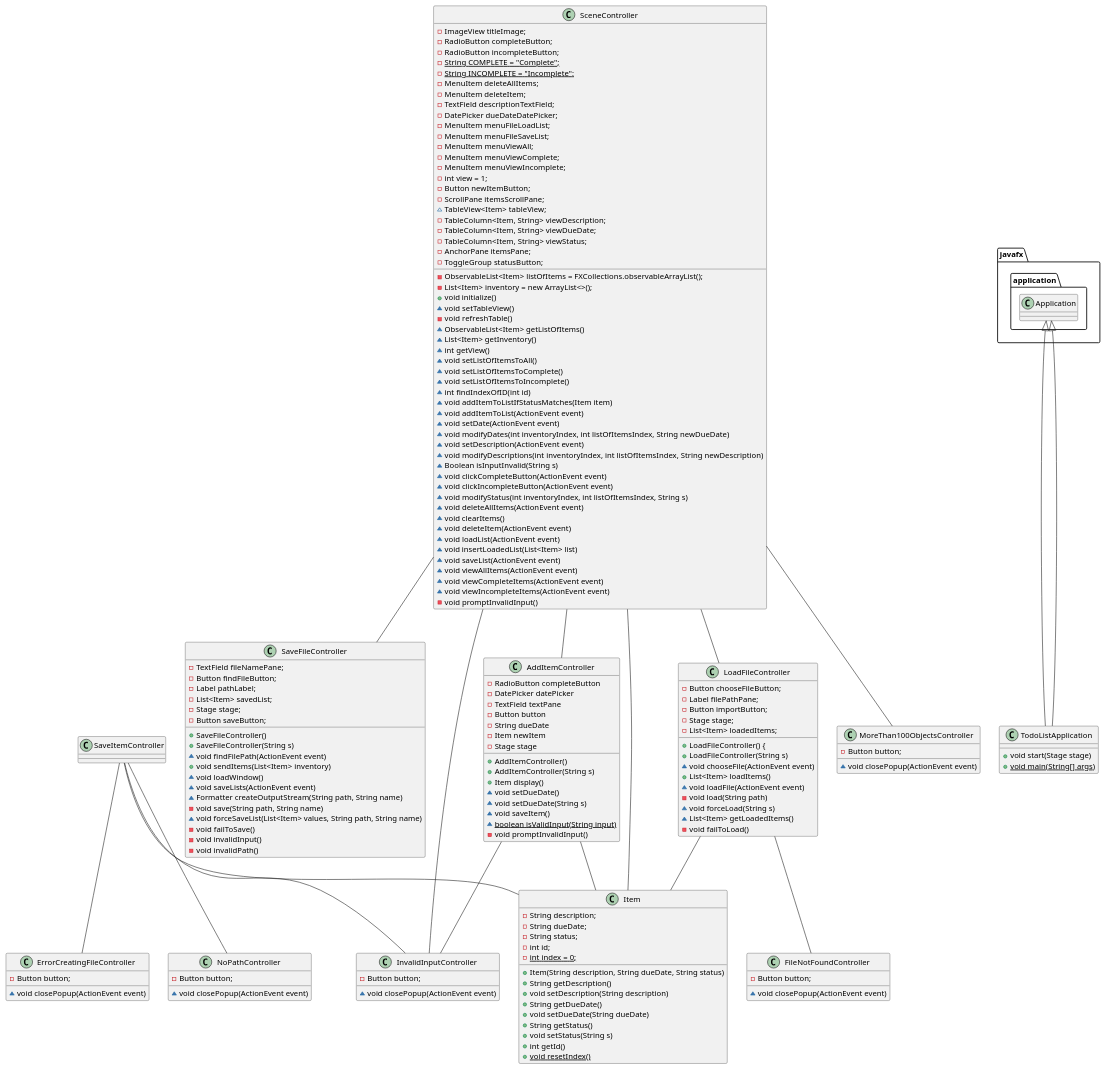
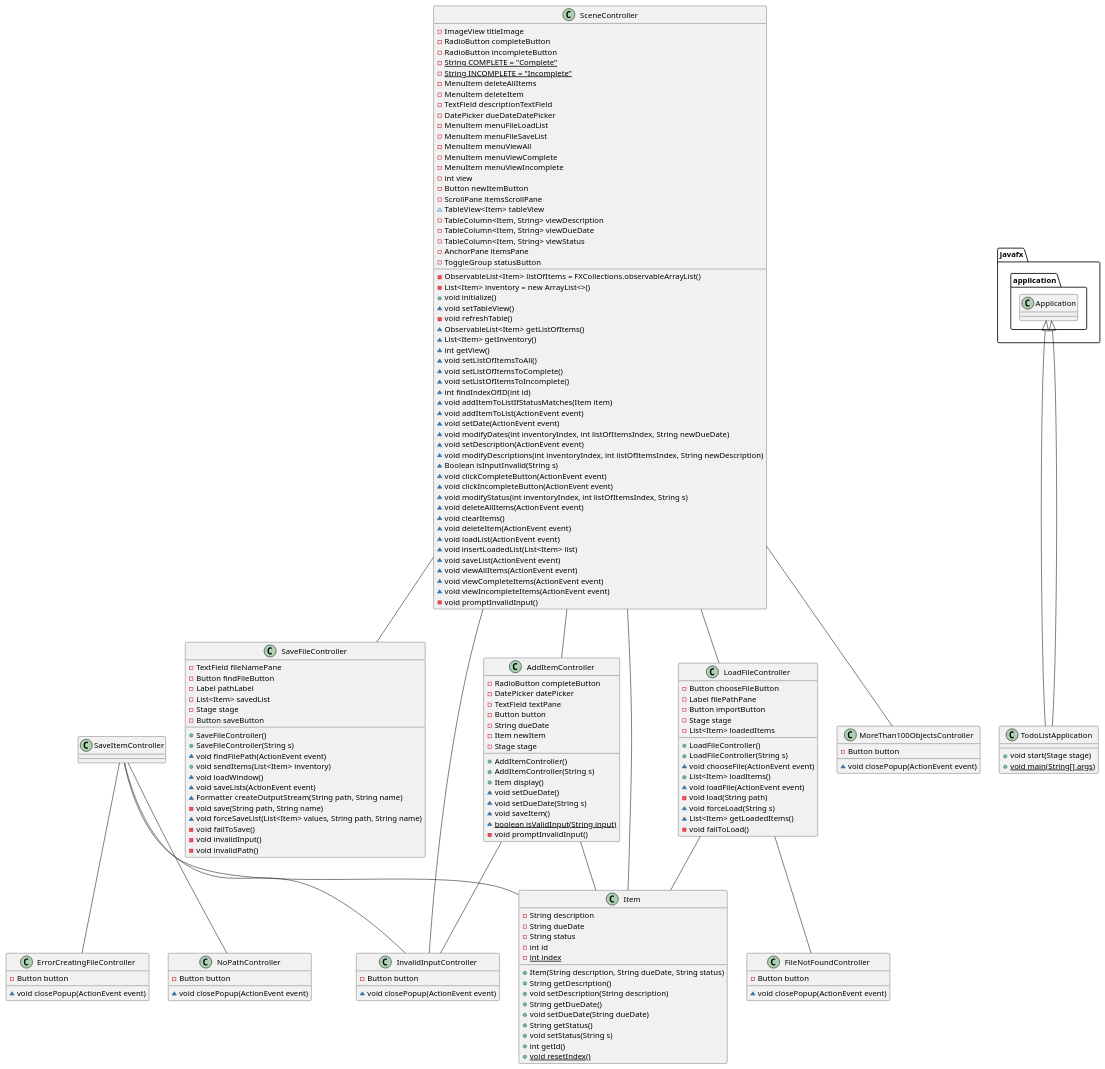
The diagram in docs/ApplicationUMLDiagram.puml (jkglaspey/Too-Due_List), drawn with PlantUML before and after one commit.

Commit message:
Removed semicolons from variable names in PlantUML diagram

```diff
--- a/docs/ApplicationUMLDiagram.puml
+++ b/docs/ApplicationUMLDiagram.puml
@@ -1,191 +1,191 @@
 @startuml
 
 class ErrorCreatingFileController {
-    -Button button;
+    -Button button
 
     ~void closePopup(ActionEvent event)
 }
 
 class FileNotFoundController {
-    -Button button;
+    -Button button
 
     ~void closePopup(ActionEvent event)
 }
 
 class InvalidInputController {
-    -Button button;
+    -Button button
 
     ~void closePopup(ActionEvent event)
 }
 
 class MoreThan100ObjectsController {
-    -Button button;
+    -Button button
 
     ~void closePopup(ActionEvent event)
 }
 
 class NoPathController {
-    -Button button;
+    -Button button
 
     ~void closePopup(ActionEvent event)
 }
 
 class AddItemController {
     -RadioButton completeButton
     -DatePicker datePicker
     -TextField textPane
     -Button button
     -String dueDate
     -Item newItem
     -Stage stage
 
     +AddItemController()
     +AddItemController(String s)
     +Item display()
     ~void setDueDate()
     ~void setDueDate(String s)
     ~void saveItem()
     ~{static} boolean isValidInput(String input)
     -void promptInvalidInput()
 }
 
 class Item {
-    -String description;
-    -String dueDate;
-    -String status;
-    -int id;
-    -{static} int index = 0;
+    -String description
+    -String dueDate
+    -String status
+    -int id
+    -{static} int index
 
     +Item(String description, String dueDate, String status)
     +String getDescription()
     +void setDescription(String description)
     +String getDueDate()
     +void setDueDate(String dueDate)
     +String getStatus()
     +void setStatus(String s)
     +int getId()
     +{static} void resetIndex()
 }
 
 class LoadFileController {
-    -Button chooseFileButton;
-    -Label filePathPane;
-    -Button importButton;
-    -Stage stage;
-    -List<Item> loadedItems;
+    -Button chooseFileButton
+    -Label filePathPane
+    -Button importButton
+    -Stage stage
+    -List<Item> loadedItems
 
-    +LoadFileController() {
+    +LoadFileController()
     +LoadFileController(String s)
     ~void chooseFile(ActionEvent event)
     +List<Item> loadItems()
     ~void loadFile(ActionEvent event)
     -void load(String path)
     ~void forceLoad(String s)
     ~List<Item> getLoadedItems()
     -void failToLoad()
 }
 
 class SaveFileController {
-    -TextField fileNamePane;
-    -Button findFileButton;
-    -Label pathLabel;
-    -List<Item> savedList;
-    -Stage stage;
-    -Button saveButton;
+    -TextField fileNamePane
+    -Button findFileButton
+    -Label pathLabel
+    -List<Item> savedList
+    -Stage stage
+    -Button saveButton
 
     +SaveFileController()
     +SaveFileController(String s)
     ~void findFilePath(ActionEvent event)
     +void sendItems(List<Item> inventory)
     ~void loadWindow()
     ~void saveLists(ActionEvent event)
     ~Formatter createOutputStream(String path, String name)
     -void save(String path, String name)
     ~void forceSaveList(List<Item> values, String path, String name)
     -void failToSave()
     -void invalidInput()
     -void invalidPath()
 }
 
 class TodoListApplication extends javafx.application.Application {
     +void start(Stage stage)
     +{static} void main(String[] args)
 }
 
 class SceneController {
--ImageView titleImage;
--RadioButton completeButton;
--RadioButton incompleteButton;
--{static} String COMPLETE = "Complete";
--{static} String INCOMPLETE = "Incomplete";
--MenuItem deleteAllItems;
--MenuItem deleteItem;
--TextField descriptionTextField;
--DatePicker dueDateDatePicker;
--MenuItem menuFileLoadList;
--MenuItem menuFileSaveList;
--MenuItem menuViewAll;
--MenuItem menuViewComplete;
--MenuItem menuViewIncomplete;
--int view = 1;
--Button newItemButton;
--ScrollPane itemsScrollPane;
-~TableView<Item> tableView;
--TableColumn<Item, String> viewDescription;
--TableColumn<Item, String> viewDueDate;
--TableColumn<Item, String> viewStatus;
--ObservableList<Item> listOfItems = FXCollections.observableArrayList();
--List<Item> inventory = new ArrayList<>();
--AnchorPane itemsPane;
--ToggleGroup statusButton;
+-ImageView titleImage
+-RadioButton completeButton
+-RadioButton incompleteButton
+-{static} String COMPLETE = "Complete"
+-{static} String INCOMPLETE = "Incomplete"
+-MenuItem deleteAllItems
+-MenuItem deleteItem
+-TextField descriptionTextField
+-DatePicker dueDateDatePicker
+-MenuItem menuFileLoadList
+-MenuItem menuFileSaveList
+-MenuItem menuViewAll
+-MenuItem menuViewComplete
+-MenuItem menuViewIncomplete
+-int view
+-Button newItemButton
+-ScrollPane itemsScrollPane
+~TableView<Item> tableView
+-TableColumn<Item, String> viewDescription
+-TableColumn<Item, String> viewDueDate
+-TableColumn<Item, String> viewStatus
+-ObservableList<Item> listOfItems = FXCollections.observableArrayList()
+-List<Item> inventory = new ArrayList<>()
+-AnchorPane itemsPane
+-ToggleGroup statusButton
 
 +void initialize()
 ~void setTableView()
 -void refreshTable()
 ~ObservableList<Item> getListOfItems()
 ~List<Item> getInventory()
 ~int getView()
 ~void setListOfItemsToAll()
 ~void setListOfItemsToComplete()
 ~void setListOfItemsToIncomplete()
 ~int findIndexOfID(int id)
 ~void addItemToListIfStatusMatches(Item item)
 ~void addItemToList(ActionEvent event)
 ~void setDate(ActionEvent event)
 ~void modifyDates(int inventoryIndex, int listOfItemsIndex, String newDueDate)
 ~void setDescription(ActionEvent event)
 ~void modifyDescriptions(int inventoryIndex, int listOfItemsIndex, String newDescription)
 ~Boolean isInputInvalid(String s)
 ~void clickCompleteButton(ActionEvent event)
 ~void clickIncompleteButton(ActionEvent event)
 ~void modifyStatus(int inventoryIndex, int listOfItemsIndex, String s)
 ~void deleteAllItems(ActionEvent event)
 ~void clearItems()
 ~void deleteItem(ActionEvent event)
 ~void loadList(ActionEvent event)
 ~void insertLoadedList(List<Item> list)
 ~void saveList(ActionEvent event)
 ~void viewAllItems(ActionEvent event)
 ~void viewCompleteItems(ActionEvent event)
 ~void viewIncompleteItems(ActionEvent event)
 -void promptInvalidInput()
 }
 
 '-----------------------------------------------------------
 AddItemController -- Item
 AddItemController -- InvalidInputController
 LoadFileController -- FileNotFoundController
 LoadFileController -- Item
 SaveItemController -- Item
 SaveItemController -- ErrorCreatingFileController
 SaveItemController -- InvalidInputController
 SaveItemController -- NoPathController
 javafx.application.Application <|-- TodoListApplication
 SceneController -- Item
 SceneController -- AddItemController
 SceneController -- LoadFileController
 SceneController -- SaveFileController
 SceneController -- MoreThan100ObjectsController
 SceneController -- InvalidInputController
 
 @enduml
```
